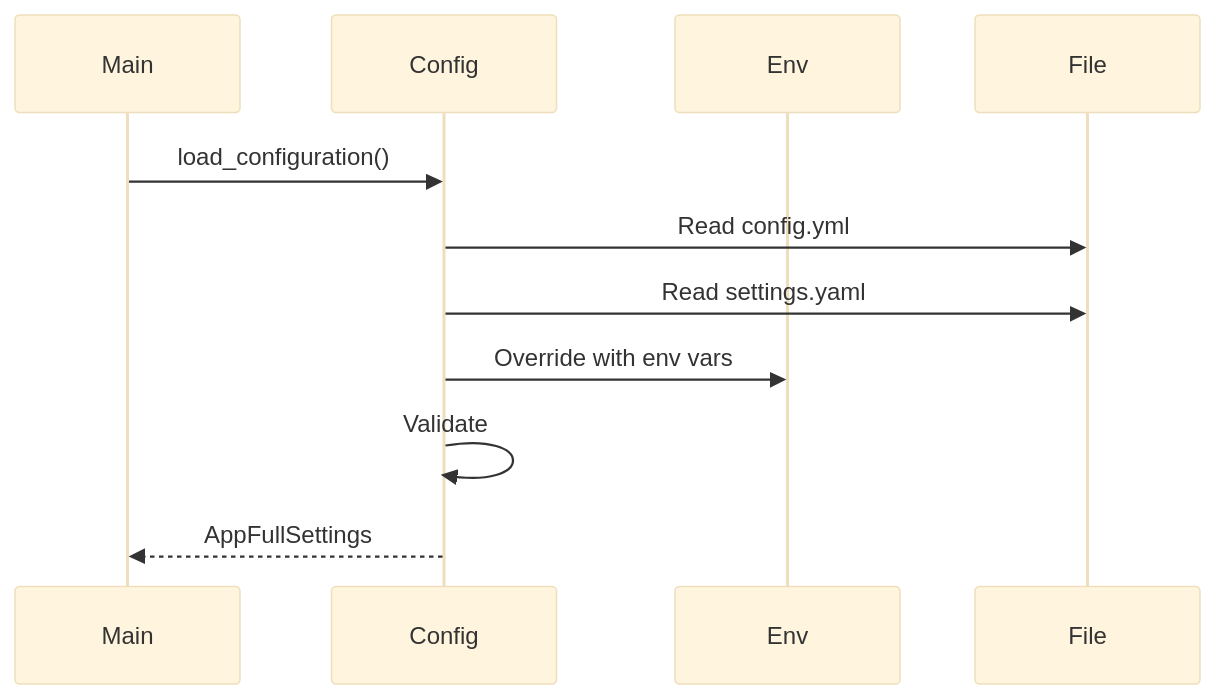
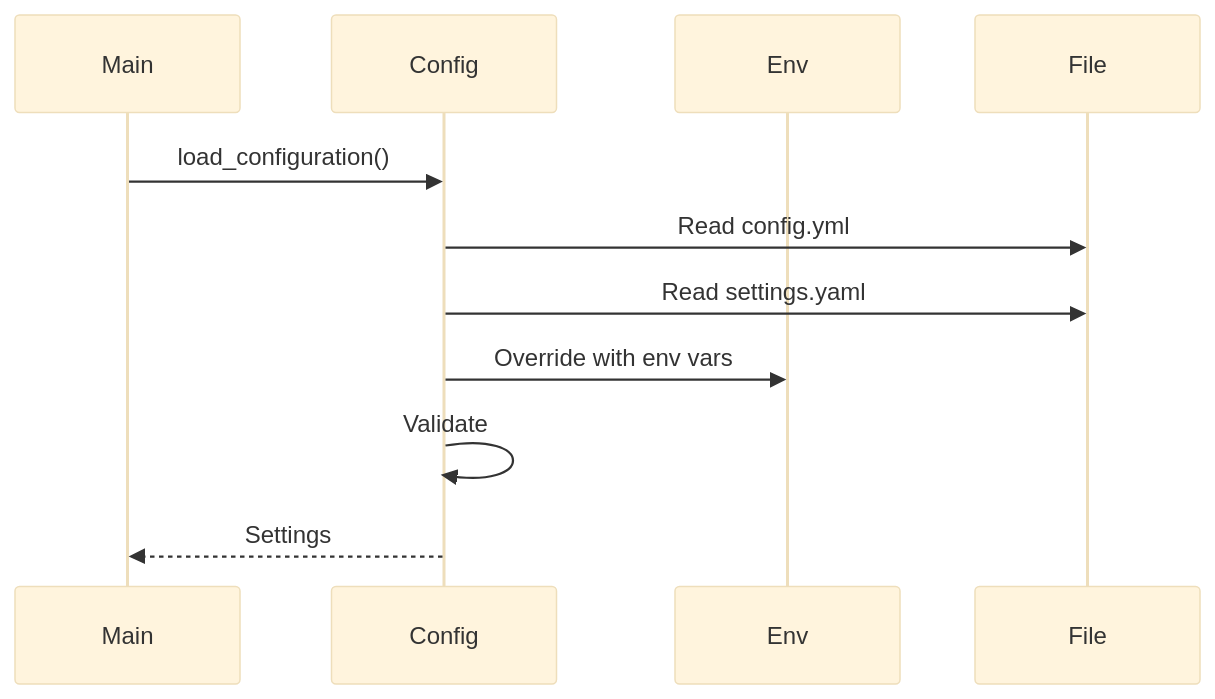
The third of 3 diagrams in docs/configuration/index.md (DreamLab-AI/VisionFlow), drawn with Mermaid (base theme) before and after one commit. The commit also changed other lines of this file and 57 other files, not shown here.

````diff
--- a/docs/configuration/index.md
+++ b/docs/configuration/index.md
@@ -395,14 +395,14 @@
 ```mermaid
 sequenceDiagram
     participant Main
     participant Config
     participant Env
     participant File
     
     Main->>Config: load_configuration()
     Config->>File: Read config.yml
     Config->>File: Read settings.yaml
     Config->>Env: Override with env vars
     Config->>Config: Validate
-    Config-->>Main: AppFullSettings
+    Config-->>Main: Settings
 ```
````
